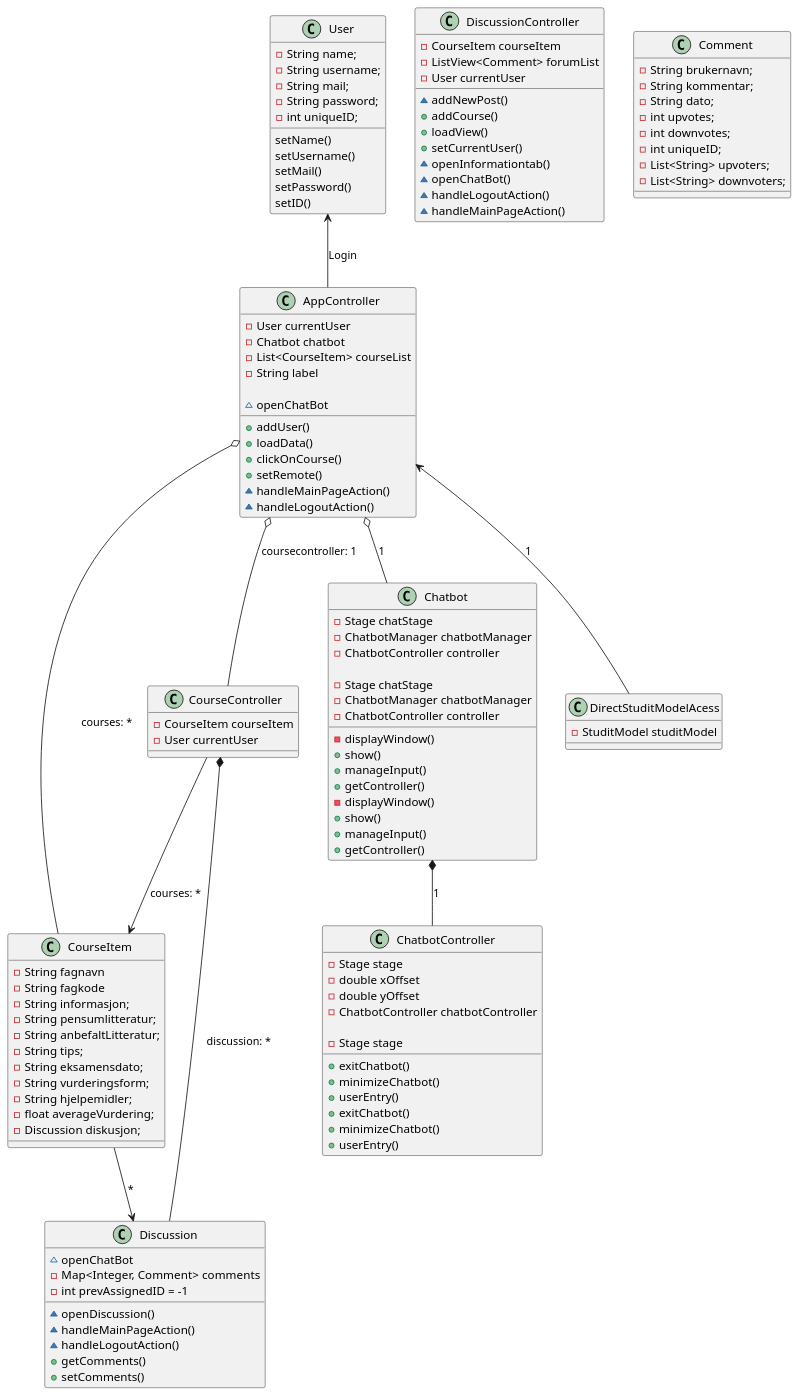
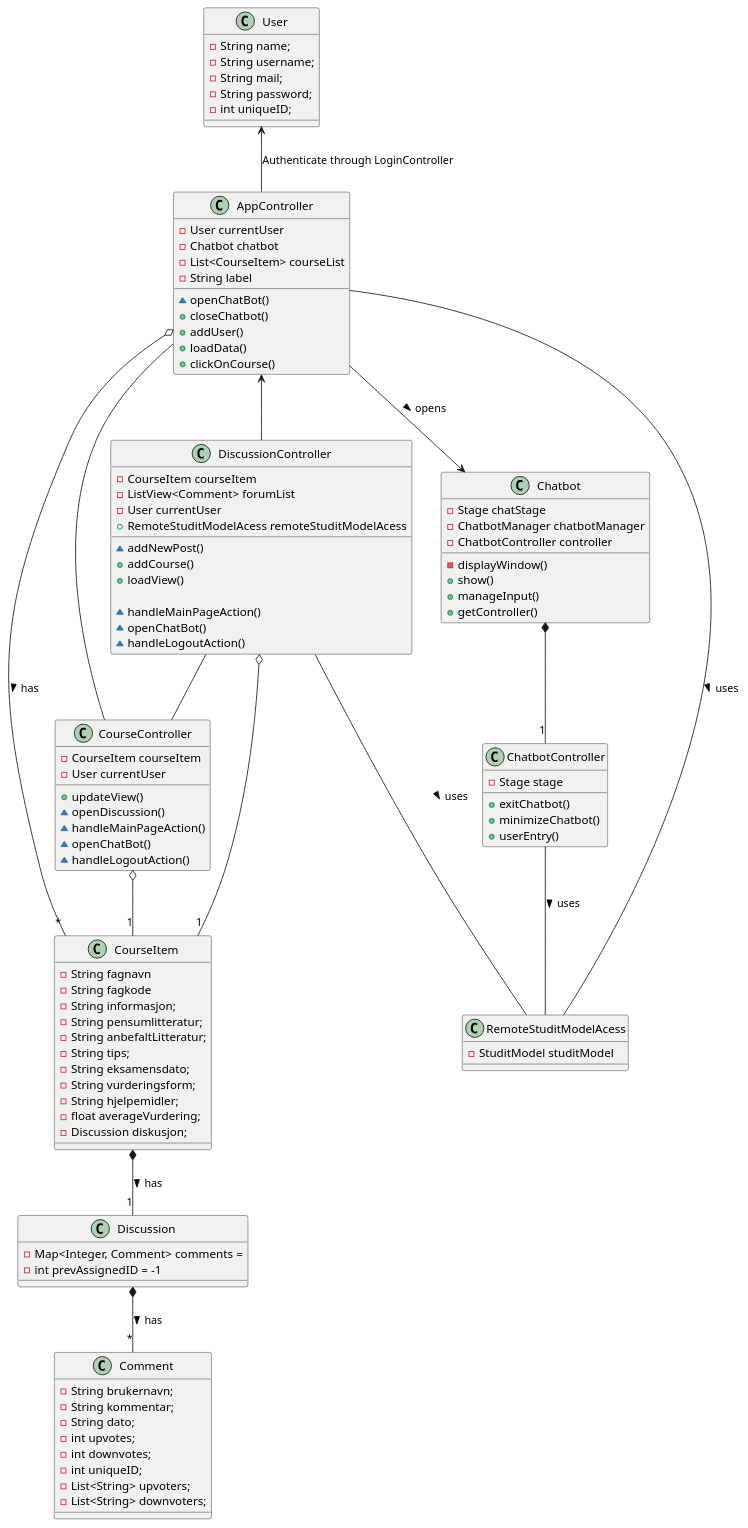
The diagram in StudIt/classDiagram.puml (hakonbjork/StudIt), drawn with PlantUML before and after one commit.

Commit message:
#70 updated class diagram

```diff
--- a/StudIt/classDiagram.puml
+++ b/StudIt/classDiagram.puml
@@ -1,154 +1,126 @@
 @startuml
 class CourseItem {
   - String fagnavn
   - String fagkode
   - String informasjon;
   - String pensumlitteratur;
   - String anbefaltLitteratur;
   - String tips;
   - String eksamensdato;
   - String vurderingsform;
   - String hjelpemidler;
   - float averageVurdering;
   - Discussion diskusjon;
 }
 
 
 class CourseController {
   - CourseItem courseItem
   - User currentUser
-}
 
+  + updateView()
+  ~ openDiscussion()
+  ~ handleMainPageAction()
+  ~ openChatBot()
+  ~ handleLogoutAction()
 
-class Discussion {
-
-  ~ openDiscussion()
-  ~ openChatBot
-  ~ handleMainPageAction()
-  ~ handleLogoutAction()
 }
 
 
 class DiscussionController {
     - CourseItem courseItem
     - ListView<Comment> forumList
     - User currentUser
+    + RemoteStuditModelAcess remoteStuditModelAcess
 
-    ~ addNewPost() 
+    ~ addNewPost()
     + addCourse()
     + loadView()
-    + setCurrentUser()
-    ~ openInformationtab()
+
+    ~ handleMainPageAction()
     ~ openChatBot()
     ~ handleLogoutAction()
-    ~ handleMainPageAction()
+
 }
 
 class Discussion {
-    - Map<Integer, Comment> comments
+    - Map<Integer, Comment> comments = 
     - int prevAssignedID = -1
-
-    + getComments()
-    + setComments()
 }
 
 class Comment {
     - String brukernavn;
     - String kommentar;
-    - String dato;
-    - int upvotes;
-    - int downvotes;
-    - int uniqueID;
-    - List<String> upvoters;
-    - List<String> downvoters;
+    -  String dato;
+    -  int upvotes;
+    -  int downvotes;
+    -  int uniqueID;
+    -  List<String> upvoters;
+    -  List<String> downvoters;
 }
-
 
 class User {
     - String name;
     - String username;
     - String mail;
     - String password;
     - int uniqueID;
-
-    setName()
-    setUsername()
-    setMail()
-    setPassword()
-    setID()
 }
 
  
 class AppController {
     - User currentUser
     - Chatbot chatbot
     - List<CourseItem> courseList
     - String label
 
+    ~ openChatBot()
+    + closeChatbot()
     + addUser()
     + loadData()
     + clickOnCourse()
-    + setRemote()
-    ~ openChatBot
-    ~ handleMainPageAction()
-    ~ handleLogoutAction()
 }
 
-class Chatbot{
-    - Stage chatStage
-    - ChatbotManager chatbotManager
-    - ChatbotController controller
-
-    - displayWindow()
-    + show()
-    + manageInput()
-    + getController()
-}
-
-class ChatbotController {
-    - Stage stage 
-    - double xOffset 
-    - double yOffset 
-    - ChatbotController chatbotController
-    
-    + exitChatbot()
-    + minimizeChatbot()
-    + userEntry()
-}
 
 class Chatbot{
     - Stage chatStage
     - ChatbotManager chatbotManager
     - ChatbotController controller
 
     - displayWindow()
     + show()
     + manageInput()
     + getController()
 }
 
 class ChatbotController {
     - Stage stage     
     + exitChatbot()
     + minimizeChatbot()
     + userEntry()
 }
 
-class DirectStuditModelAcess {
+class RemoteStuditModelAcess {
     - StuditModel studitModel    
 }
 
 
-User <-- AppController: Login
 
-AppController o-- CourseItem: courses: *
-AppController <-- DirectStuditModelAcess: 1
+User <-- AppController: Authenticate through LoginController
+AppController -- RemoteStuditModelAcess: uses >
+ChatbotController -- RemoteStuditModelAcess: uses >
+DiscussionController -- RemoteStuditModelAcess: uses >
 
-AppController o-- CourseController: coursecontroller: 1
-AppController o-- Chatbot: 1
-Chatbot *-- ChatbotController: 1
+AppController o-- "*" CourseItem: has >
+AppController -- CourseController
+AppController <-- DiscussionController
+AppController --> Chatbot: opens >
+Chatbot *-- "1" ChatbotController 
 
-CourseItem --> Discussion: *
-CourseController --> CourseItem : courses: *
-CourseController *-- Discussion : discussion: *
+CourseItem *-- "1" Discussion: has >
+DiscussionController -- CourseController
+DiscussionController o-- "1" CourseItem
+Discussion *-- "*" Comment: has >
+CourseController o-- "1" CourseItem
+
 @enduml
```
